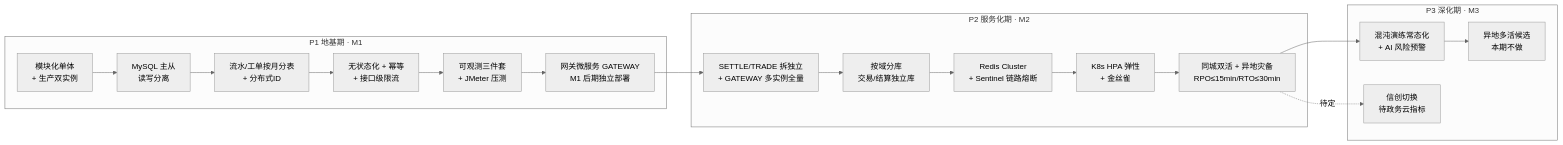
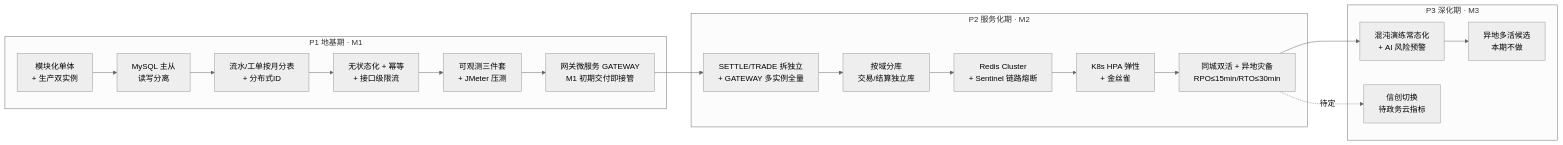
The diagram in docs/design/高并发架构演进设计.md (jzywm/Livelihood-Platform), drawn with Mermaid (neutral theme) before and after one commit. The commit also changed other lines of this file and 16 other files, not shown here.

````diff
--- a/docs/design/高并发架构演进设计.md
+++ b/docs/design/高并发架构演进设计.md
@@ -35,28 +37,28 @@
 ```mermaid
 graph LR
     subgraph P1["P1 地基期 · M1"]
         M1A[模块化单体<br/>+ 生产双实例]
         M1B[MySQL 主从<br/>读写分离]
         M1C[流水/工单按月分表<br/>+ 分布式ID]
         M1D[无状态化 + 幂等<br/>+ 接口级限流]
         M1E[可观测三件套<br/>+ JMeter 压测]
-        M1F[网关微服务 GATEWAY<br/>M1 后期独立部署]
+        M1F[网关微服务 GATEWAY<br/>M1 初期交付即接管]
     end
     subgraph P2["P2 服务化期 · M2"]
         M2A[SETTLE/TRADE 拆独立<br/>+ GATEWAY 多实例全量]
         M2B[按域分库<br/>交易/结算独立库]
         M2C[Redis Cluster<br/>+ Sentinel 链路熔断]
         M2D[K8s HPA 弹性<br/>+ 金丝雀]
         M2E[同城双活 + 异地灾备<br/>RPO≤15min/RTO≤30min]
     end
     subgraph P3["P3 深化期 · M3"]
         M3A[混沌演练常态化<br/>+ AI 风险预警]
         M3B[异地多活候选<br/>本期不做]
         M3C[信创切换<br/>待政务云指标]
     end
     M1A --> M1B --> M1C --> M1D --> M1E
     M1E --> M1F
     M1F --> M2A --> M2B --> M2C --> M2D --> M2E
     M2E --> M3A --> M3B
     M2E -. 待定 .-> M3C
 ```
````
